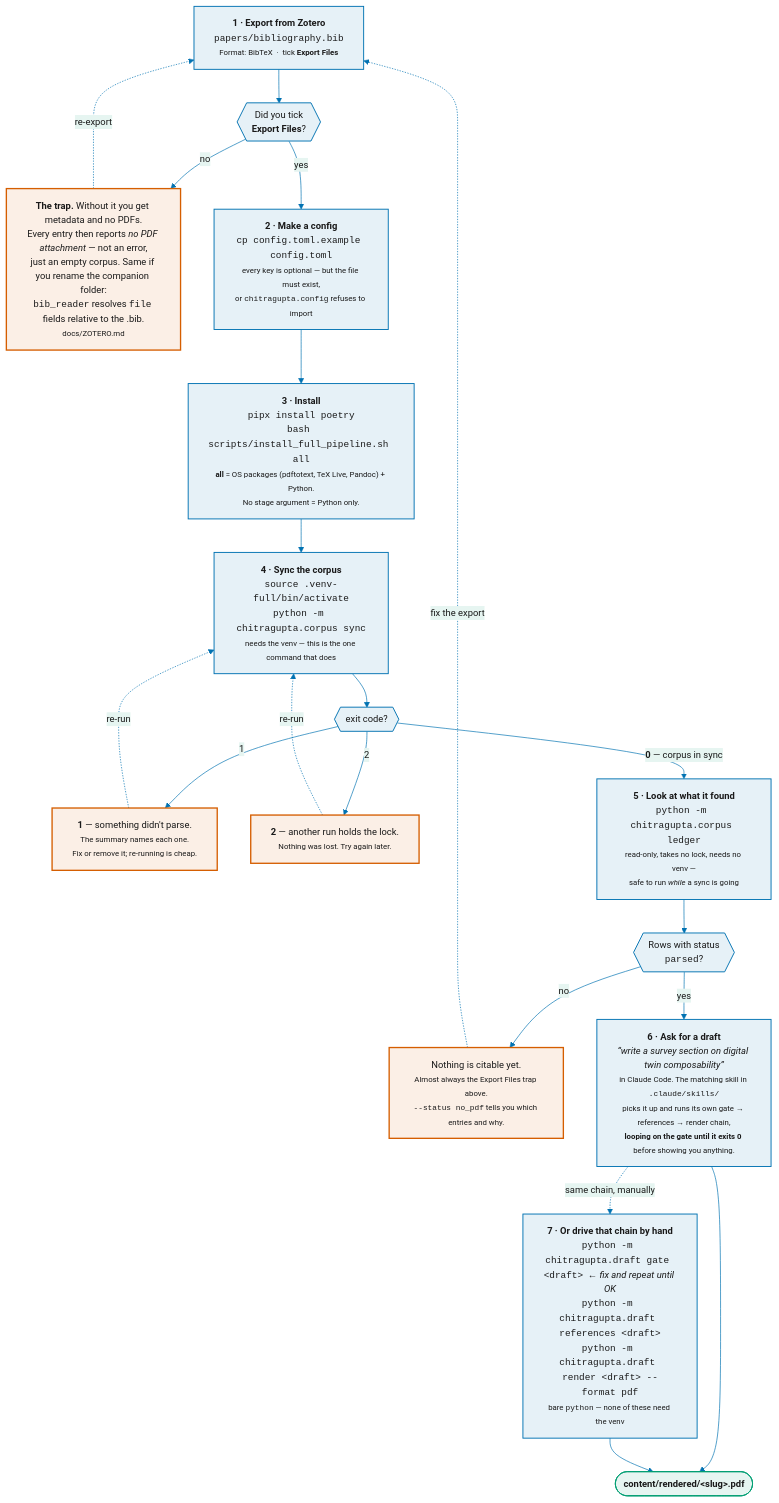
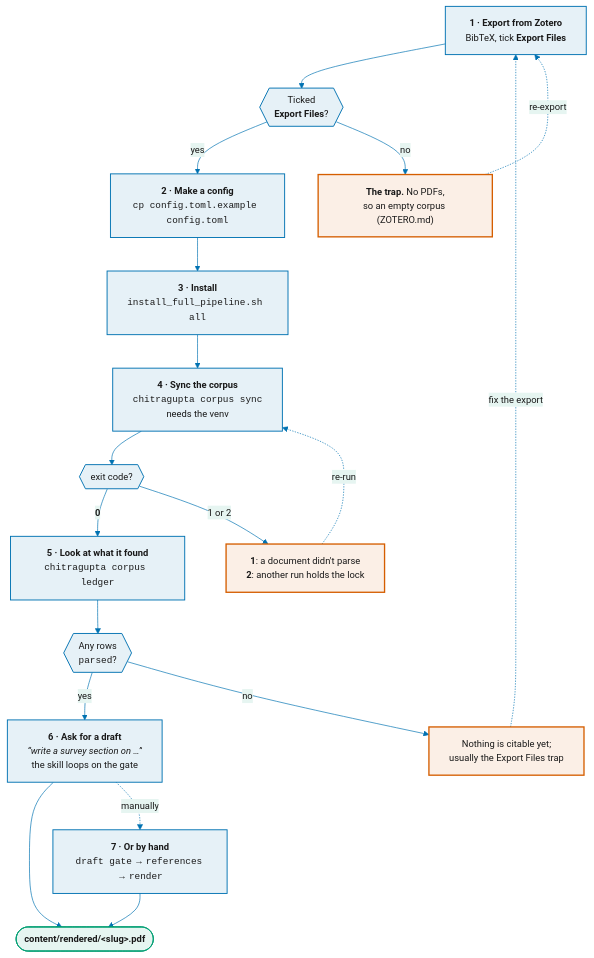
Before and after one commit to prasadtalasila/chitragupta: the second of 14 diagrams in docs/DIAGRAMS.md, drawn with Mermaid. The commit also changed other lines of this file and 145 other files, not shown here.

````diff
--- a/docs/DIAGRAMS.md
+++ b/docs/DIAGRAMS.md
@@ -171,66 +172,63 @@
 ```mermaid
 %%{init: {
   "theme": "base",
   "themeVariables": {
     "fontSize": "14px",
     "primaryColor": "#E6F1F7",
     "primaryBorderColor": "#0072B2",
     "primaryTextColor": "#1A1A1A",
     "lineColor": "#0072B2",
     "secondaryColor": "#E6F5F1",
     "secondaryBorderColor": "#009E73",
     "tertiaryColor": "#FBEFE6",
     "tertiaryBorderColor": "#D55E00"
   }
 }}%%
 flowchart TB
 
-  A["<b>1 · Export from Zotero</b><br/><code>papers/bibliography.bib</code><br/><small>Format: BibTeX &nbsp;·&nbsp; tick <b>Export Files</b></small>"]
-  A1{{"Did you tick<br/><b>Export Files</b>?"}}
-  ATRAP["<b>The trap.</b> Without it you get metadata and no PDFs.<br/>Every entry then reports <i>no PDF attachment</i> — not an error,<br/>just an empty corpus. Same if you rename the companion folder:<br/><code>bib_reader</code> resolves <code>file</code> fields relative to the .bib.<br/><small>docs/ZOTERO.md</small>"]
+  A["<b>1 · Export from Zotero</b><br/>BibTeX, tick <b>Export Files</b>"]
+  A1{{"Ticked<br/><b>Export Files</b>?"}}
+  ATRAP["<b>The trap.</b> No PDFs,<br/>so an empty corpus (ZOTERO.md)"]
 
-  B["<b>2 · Make a config</b><br/><code>cp config.toml.example config.toml</code><br/><small>every key is optional — but the file must exist,<br/>or <code>chitragupta.config</code> refuses to import</small>"]
+  B["<b>2 · Make a config</b><br/><code>cp config.toml.example config.toml</code>"]
 
-  C["<b>3 · Install</b><br/><code>pipx install poetry</code><br/><code>bash scripts/install_full_pipeline.sh all</code><br/><small><b>all</b> = OS packages (pdftotext, TeX Live, Pandoc) + Python.<br/>No stage argument = Python only.</small>"]
+  C["<b>3 · Install</b><br/><code>install_full_pipeline.sh all</code>"]
 
-  D["<b>4 · Sync the corpus</b><br/><code>source .venv-full/bin/activate</code><br/><code>python -m chitragupta.corpus sync</code><br/><small>needs the venv — this is the one command that does</small>"]
+  D["<b>4 · Sync the corpus</b><br/><code>chitragupta corpus sync</code><br/>needs the venv"]
   D1{{"exit code?"}}
-  DFAIL["<b>1</b> — something didn't parse.<br/><small>The summary names each one.<br/>Fix or remove it; re-running is cheap.</small>"]
-  DBUSY["<b>2</b> — another run holds the lock.<br/><small>Nothing was lost. Try again later.</small>"]
+  DFAIL["<b>1</b>: a document didn't parse<br/><b>2</b>: another run holds the lock"]
 
-  E["<b>5 · Look at what it found</b><br/><code>python -m chitragupta.corpus ledger</code><br/><small>read-only, takes no lock, needs no venv —<br/>safe to run <i>while</i> a sync is going</small>"]
-  E1{{"Rows with status<br/><code>parsed</code>?"}}
-  EEMPTY["Nothing is citable yet.<br/><small>Almost always the Export Files trap above.<br/><code>--status no_pdf</code> tells you which entries and why.</small>"]
+  E["<b>5 · Look at what it found</b><br/><code>chitragupta corpus ledger</code>"]
+  E1{{"Any rows<br/><code>parsed</code>?"}}
+  EEMPTY["Nothing is citable yet;<br/>usually the Export Files trap"]
 
-  F["<b>6 · Ask for a draft</b><br/><i>“write a survey section on digital twin composability”</i><br/><small>in Claude Code. The matching skill in <code>.claude/skills/</code><br/>picks it up and runs its own gate → references → render chain,<br/><b>looping on the gate until it exits 0</b> before showing you anything.</small>"]
+  F["<b>6 · Ask for a draft</b><br/><i>“write a survey section on …”</i><br/>the skill loops on the gate"]
 
-  G["<b>7 · Or drive that chain by hand</b><br/><code>python -m chitragupta.draft gate &lt;draft&gt;</code> &nbsp;<i>← fix and repeat until OK</i><br/><code>python -m chitragupta.draft references &lt;draft&gt;</code><br/><code>python -m chitragupta.draft render &lt;draft&gt; --format pdf</code><br/><small>bare <code>python</code> — none of these need the venv</small>"]
+  G["<b>7 · Or by hand</b><br/><code>draft gate</code> → <code>references</code> → <code>render</code>"]
 
   DONE(["<b>content/rendered/&lt;slug&gt;.pdf</b>"])
 
   A --> A1
+  A1 -- yes --> B --> C --> D --> D1
+  D1 -- "<b>0</b>" --> E --> E1
+  E1 -- yes --> F --> DONE
+  F -. "manually" .-> G
+  G --> DONE
   A1 -- no --> ATRAP
   ATRAP -. "re-export" .-> A
-  A1 -- yes --> B --> C --> D --> D1
-  D1 -- "1" --> DFAIL
-  D1 -- "2" --> DBUSY
-  DBUSY -. "re-run" .-> D
+  D1 -- "1 or 2" --> DFAIL
   DFAIL -. "re-run" .-> D
-  D1 -- "<b>0</b> — corpus in sync" --> E --> E1
   E1 -- no --> EEMPTY
   EEMPTY -. "fix the export" .-> A
-  E1 -- yes --> F --> DONE
-  F -. "same chain, manually" .-> G
-  G --> DONE
 
   class A,B,C,D,E,F,G flow
   class A1,D1,E1 flow
-  class ATRAP,EEMPTY,DFAIL,DBUSY key
+  class ATRAP,EEMPTY,DFAIL,DFAIL key
   class DONE alt
 
   %% house roles: generated by scripts/render_diagrams.py --sync
   classDef flow fill:#E6F1F7,stroke:#0072B2,stroke-width:1.4px,color:#1A1A1A
   classDef alt fill:#E6F5F1,stroke:#009E73,stroke-width:1.4px,color:#1A1A1A
   classDef key fill:#FBEFE6,stroke:#D55E00,stroke-width:2px,color:#1A1A1A
   classDef absent fill:#FFFFFF,stroke:#8C8C8C,stroke-width:1.2px,stroke-dasharray:4 3,color:#1A1A1A
 ```
````
